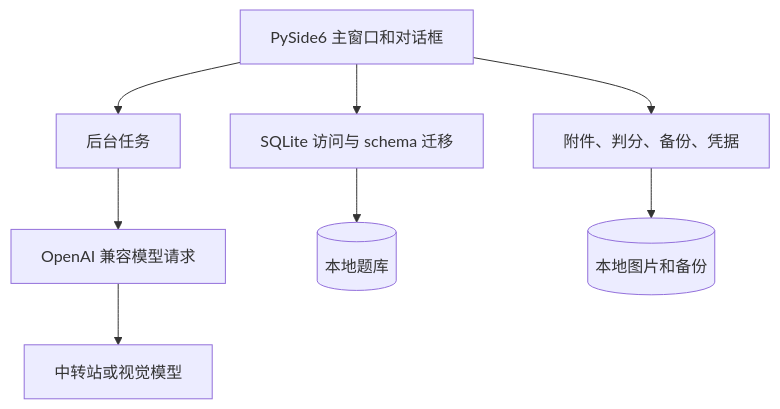
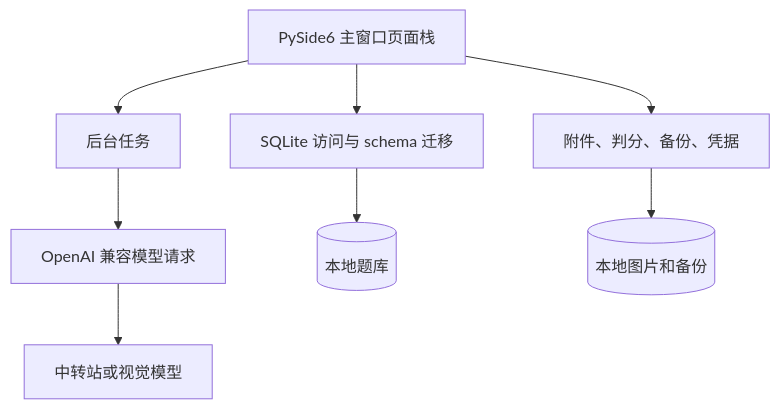
One commit to flandre0605/flandre-notebook changed the diagram in 开发手册.md. Above: the diagram before and after it, drawn with Mermaid. The commit also changed other lines of this file and 8 other files, not shown here.

````diff
--- a/开发手册.md
+++ b/开发手册.md
@@ -110,10 +110,10 @@
 ```mermaid
 flowchart TD
-    UI[PySide6 主窗口和对话框] --> Store[SQLite 访问与 schema 迁移]
+    UI[PySide6 主窗口页面栈] --> Store[SQLite 访问与 schema 迁移]
     UI --> Services[附件、判分、备份、凭据]
     UI --> Worker[后台任务]
     Worker --> Provider[OpenAI 兼容模型请求]
     Provider --> Relay[中转站或视觉模型]
     Store --> DB[(本地题库)]
     Services --> Files[(本地图片和备份)]
 ```
````
